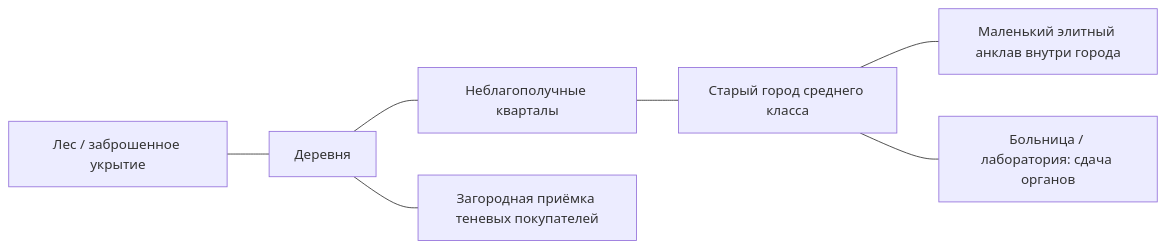
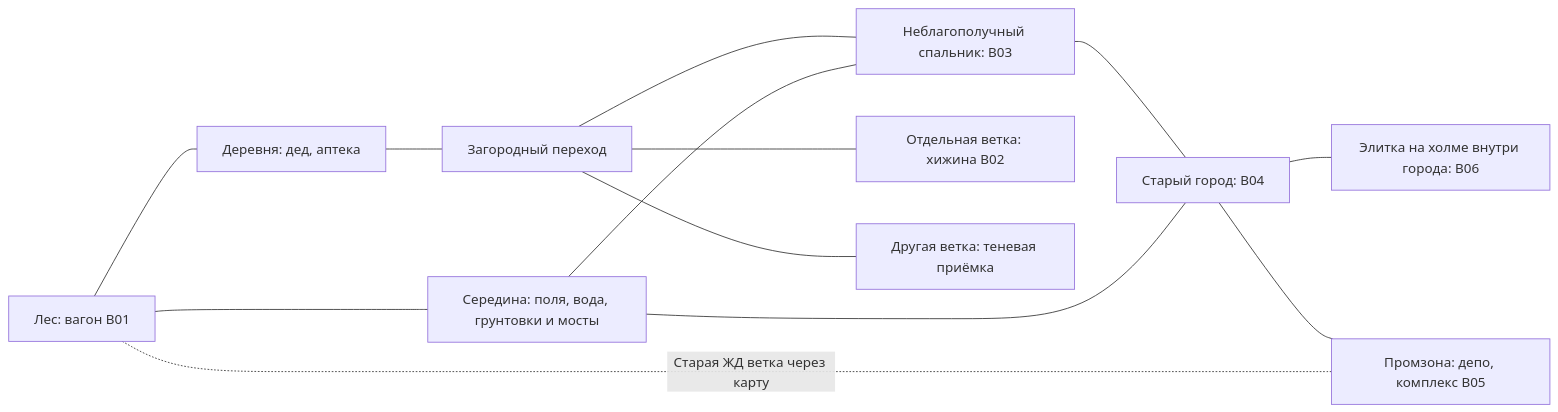
Before and after one commit to FEDCHER67/Game: the diagram in docs/CITY_MAP_REFERENCE_SPEC.md, drawn with Mermaid. The commit also changed other lines of this file and 41 other files, not shown here.

````diff
--- a/docs/CITY_MAP_REFERENCE_SPEC.md
+++ b/docs/CITY_MAP_REFERENCE_SPEC.md
@@ -30,9 +45,15 @@
-```mermaid
+~~~mermaid
 flowchart LR
-    FOREST["Лес / заброшенное укрытие"] --- VILLAGE["Деревня"]
-    VILLAGE --- OUTSKIRTS["Неблагополучные кварталы"]
-    OUTSKIRTS --- CITY["Старый город среднего класса"]
-    CITY --- ELITE["Маленький элитный анклав внутри города"]
-    VILLAGE --- SHADOW["Загородная приёмка теневых покупателей"]
-    CITY --- HOSPITAL["Больница / лаборатория: сдача органов"]
-```
+    F["Лес: вагон B01"] --- V["Деревня: дед, аптека"]
+    V --- T["Загородный переход"]
+    T --- R["Неблагополучный спальник: B03"]
+    R --- O["Старый город: B04"]
+    O --- E["Элитка на холме внутри города: B06"]
+    O --- I["Промзона: депо, комплекс B05"]
+    T --- H["Отдельная ветка: хижина B02"]
+    T --- S["Другая ветка: теневая приёмка"]
+    F --- M["Середина: поля, вода, грунтовки и мосты"]
+    M --- R
+    M --- O
+    F -. "Старая ЖД ветка через карту" .- I
+~~~
````
